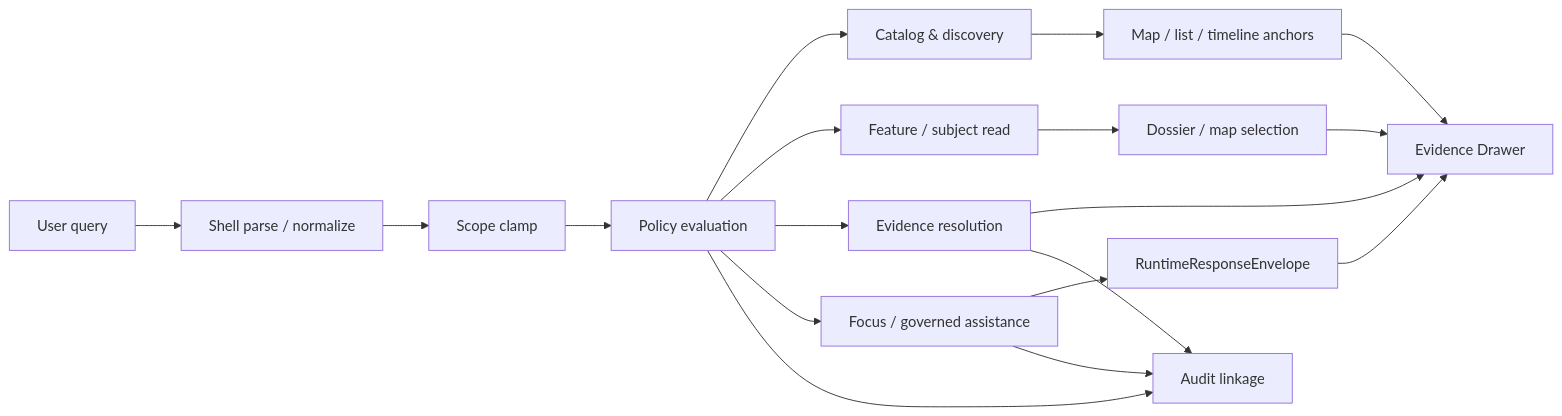
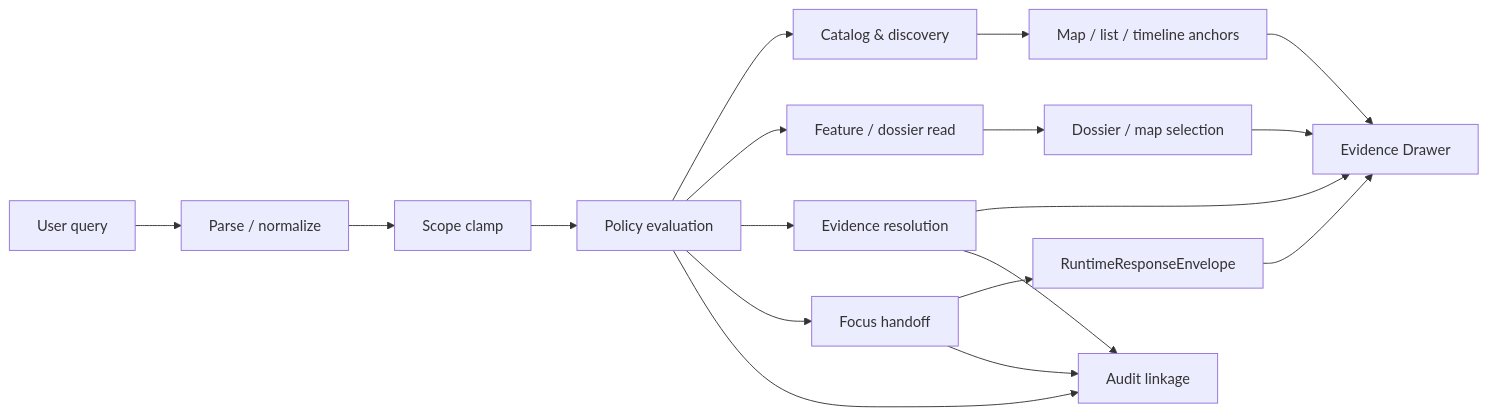
Before and after one commit to bartytime4life/Kansas-Frontier-Matrix: the diagram in docs/search/query-language.md, drawn with Mermaid. The commit also changed other lines of this file, not shown here.

First line of the commit message:
Revise search query language documentation

````diff
--- a/docs/search/query-language.md
+++ b/docs/search/query-language.md
@@ -123,23 +171,24 @@
 ```mermaid
 flowchart LR
-    A[User query] --> B[Shell parse / normalize]
+    A[User query] --> B[Parse / normalize]
     B --> C[Scope clamp]
     C --> D[Policy evaluation]
+
     D --> E[Catalog & discovery]
-    D --> F[Feature / subject read]
+    D --> F[Feature / dossier read]
     D --> G[Evidence resolution]
-    D --> H[Focus / governed assistance]
+    D --> H[Focus handoff]
 
     E --> I[Map / list / timeline anchors]
     F --> J[Dossier / map selection]
     G --> K[Evidence Drawer]
     H --> L[RuntimeResponseEnvelope]
 
     I --> K
     J --> K
     L --> K
 
     D --> M[Audit linkage]
     G --> M
     H --> M
 ```
````
